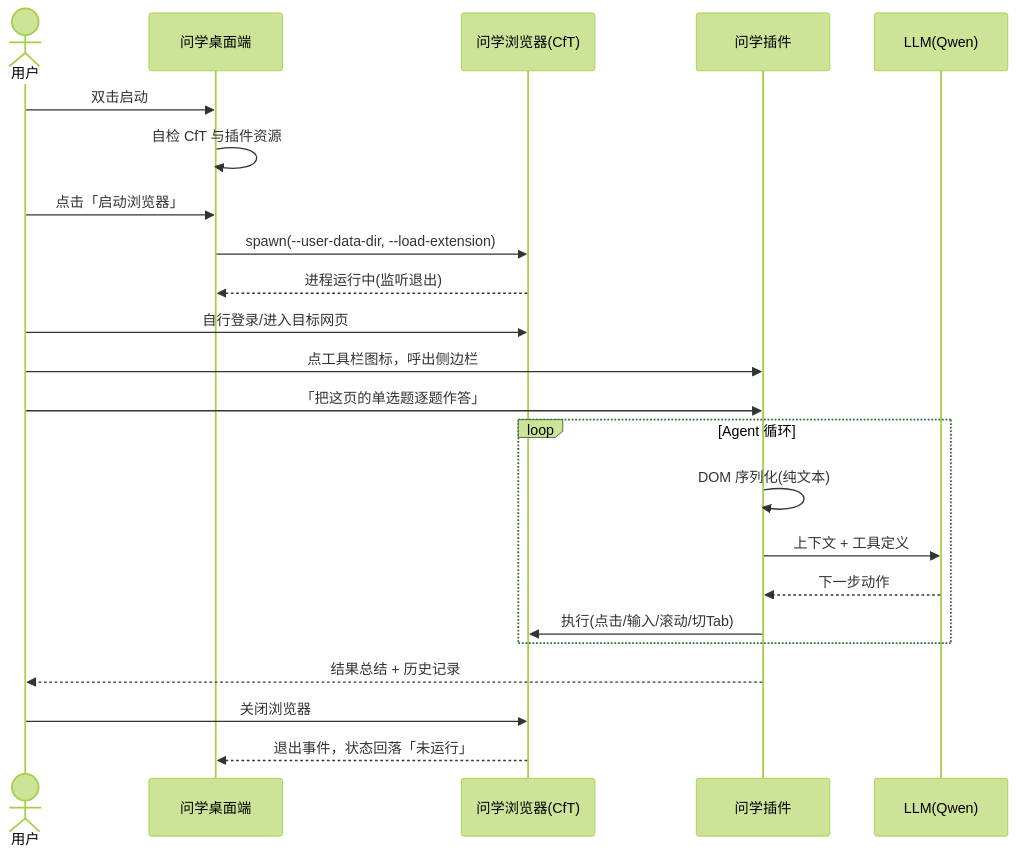
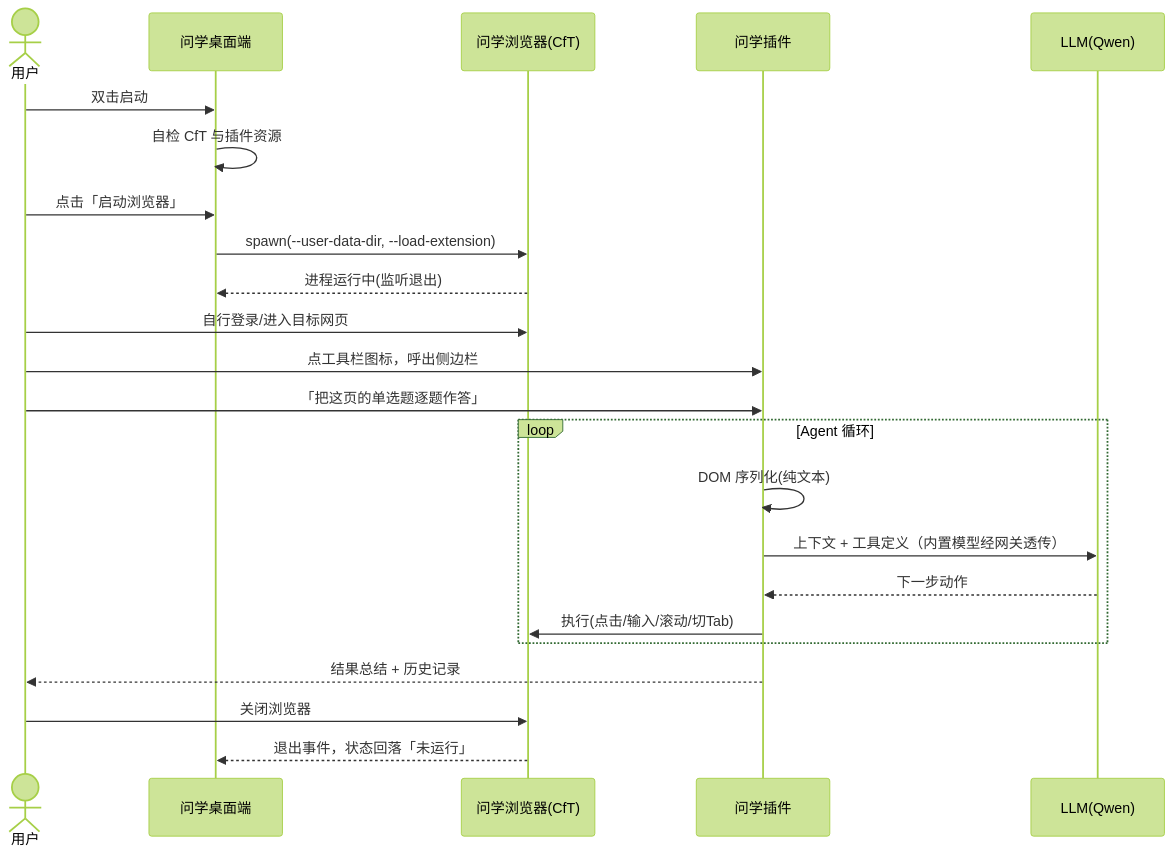
One commit to SmartSunruiyang/WenXue changed the second of 2 diagrams in .project.agents/docs/context/PRD.md. Above: the diagram before and after it, drawn with Mermaid (forest theme). The commit also changed other lines of this file and 73 other files, not shown here.

Commit message:
feat(infra): add CloudBase LLM gateway flow

````diff
--- a/.project.agents/docs/context/PRD.md
+++ b/.project.agents/docs/context/PRD.md
@@ -150,26 +166,26 @@
 ```mermaid
 sequenceDiagram
     actor U as 用户
     participant App as 问学桌面端
     participant Br as 问学浏览器(CfT)
     participant Ext as 问学插件
     participant LLM as LLM(Qwen)
 
     U->>App: 双击启动
     App->>App: 自检 CfT 与插件资源
     U->>App: 点击「启动浏览器」
     App->>Br: spawn(--user-data-dir, --load-extension)
     Br-->>App: 进程运行中(监听退出)
     U->>Br: 自行登录/进入目标网页
     U->>Ext: 点工具栏图标，呼出侧边栏
     U->>Ext: 「把这页的单选题逐题作答」
     loop Agent 循环
         Ext->>Ext: DOM 序列化(纯文本)
-        Ext->>LLM: 上下文 + 工具定义
+        Ext->>LLM: 上下文 + 工具定义（内置模型经网关透传）
         LLM-->>Ext: 下一步动作
         Ext->>Br: 执行(点击/输入/滚动/切Tab)
     end
     Ext-->>U: 结果总结 + 历史记录
     U->>Br: 关闭浏览器
     Br-->>App: 退出事件，状态回落「未运行」
 ```
````
